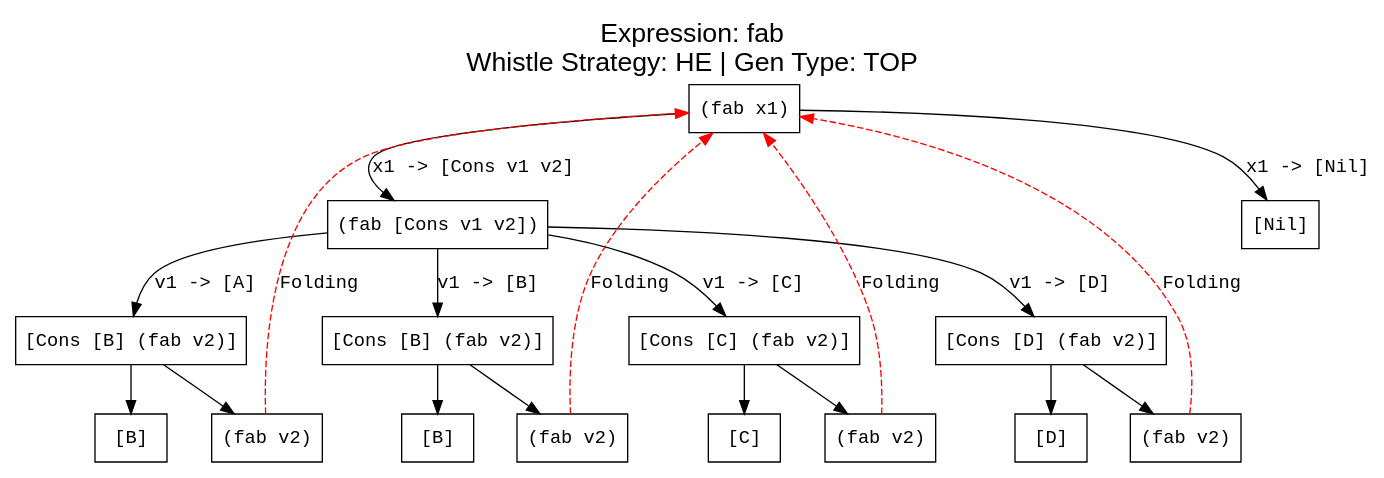
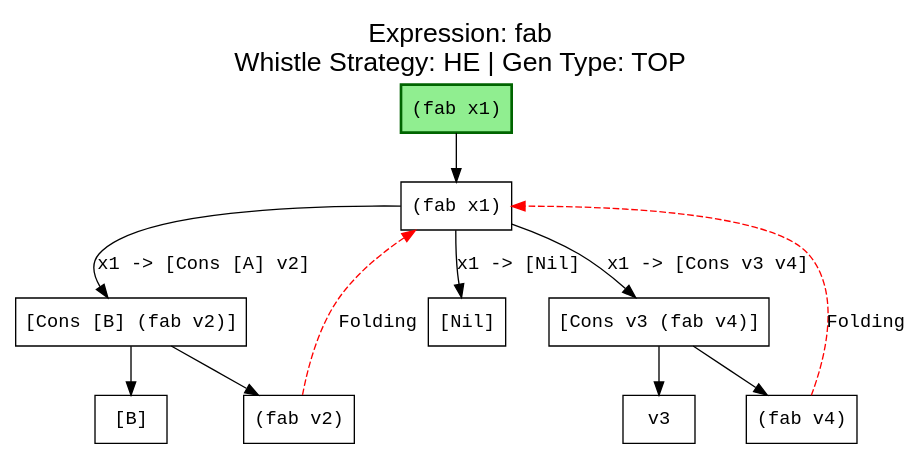
One commit to makezh/coursework_supercompiler changed the diagram in output/test4/he_fab.dot. Above: the diagram before and after it, drawn with Graphviz. The commit also changed 20 other files, not shown here.

```diff
--- a/output/test4/he_fab.dot
+++ b/output/test4/he_fab.dot
@@ -1,42 +1,28 @@
 digraph ProcessTree {
   label="Expression: fab\nWhistle Strategy: HE | Gen Type: TOP";
   labelloc="t";
   fontsize=20;
   fontname="Arial";
 
     node [fontname="Courier New"];
     edge [fontname="Courier New"];
+    start [label="(fab x1)", shape=box, style="filled", fillcolor="lightgreen", color="darkgreen", penwidth=2.0];
+    start -> n0 [];
     n0 [label="(fab x1)", shape=box];
-    n0 -> n1 [label="x1 -> [Cons v1 v2]"];
-    n0 -> n2 [label="x1 -> [Nil]"];
-    n1 [label="(fab [Cons v1 v2])", shape=box];
-    n1 -> n3 [label="v1 -> [A]"];
-    n1 -> n4 [label="v1 -> [B]"];
-    n1 -> n5 [label="v1 -> [C]"];
-    n1 -> n6 [label="v1 -> [D]"];
-    n2 [label="[Nil]", shape=box];
-    n3 [label="[Cons [B] (fab v2)]", shape=box];
-    n3 -> n7 [label=""];
-    n3 -> n8 [label=""];
-    n4 [label="[Cons [B] (fab v2)]", shape=box];
-    n4 -> n9 [label=""];
-    n4 -> n10 [label=""];
-    n5 [label="[Cons [C] (fab v2)]", shape=box];
-    n5 -> n11 [label=""];
-    n5 -> n12 [label=""];
-    n6 [label="[Cons [D] (fab v2)]", shape=box];
-    n6 -> n13 [label=""];
-    n6 -> n14 [label=""];
-    n7 [label="[B]", shape=box];
-    n8 [label="(fab v2)", shape=box];
-    n8 -> n0 [style=dashed, color=red, label="Folding"];
-    n9 [label="[B]", shape=box];
-    n10 [label="(fab v2)", shape=box];
-    n10 -> n0 [style=dashed, color=red, label="Folding"];
-    n11 [label="[C]", shape=box];
-    n12 [label="(fab v2)", shape=box];
-    n12 -> n0 [style=dashed, color=red, label="Folding"];
-    n13 [label="[D]", shape=box];
-    n14 [label="(fab v2)", shape=box];
-    n14 -> n0 [style=dashed, color=red, label="Folding"];
+    n0 -> n1 [label="x1 -> [Cons [A] v2]"];
+    n0 -> n2 [label="x1 -> [Cons v3 v4]"];
+    n0 -> n3 [label="x1 -> [Nil]"];
+    n1 [label="[Cons [B] (fab v2)]", shape=box];
+    n1 -> n4 [label=""];
+    n1 -> n5 [label=""];
+    n2 [label="[Cons v3 (fab v4)]", shape=box];
+    n2 -> n6 [label=""];
+    n2 -> n7 [label=""];
+    n3 [label="[Nil]", shape=box];
+    n4 [label="[B]", shape=box];
+    n5 [label="(fab v2)", shape=box];
+    n5 -> n0 [style=dashed, color=red, label="Folding"];
+    n6 [label="v3", shape=box];
+    n7 [label="(fab v4)", shape=box];
+    n7 -> n0 [style=dashed, color=red, label="Folding"];
 }
```
